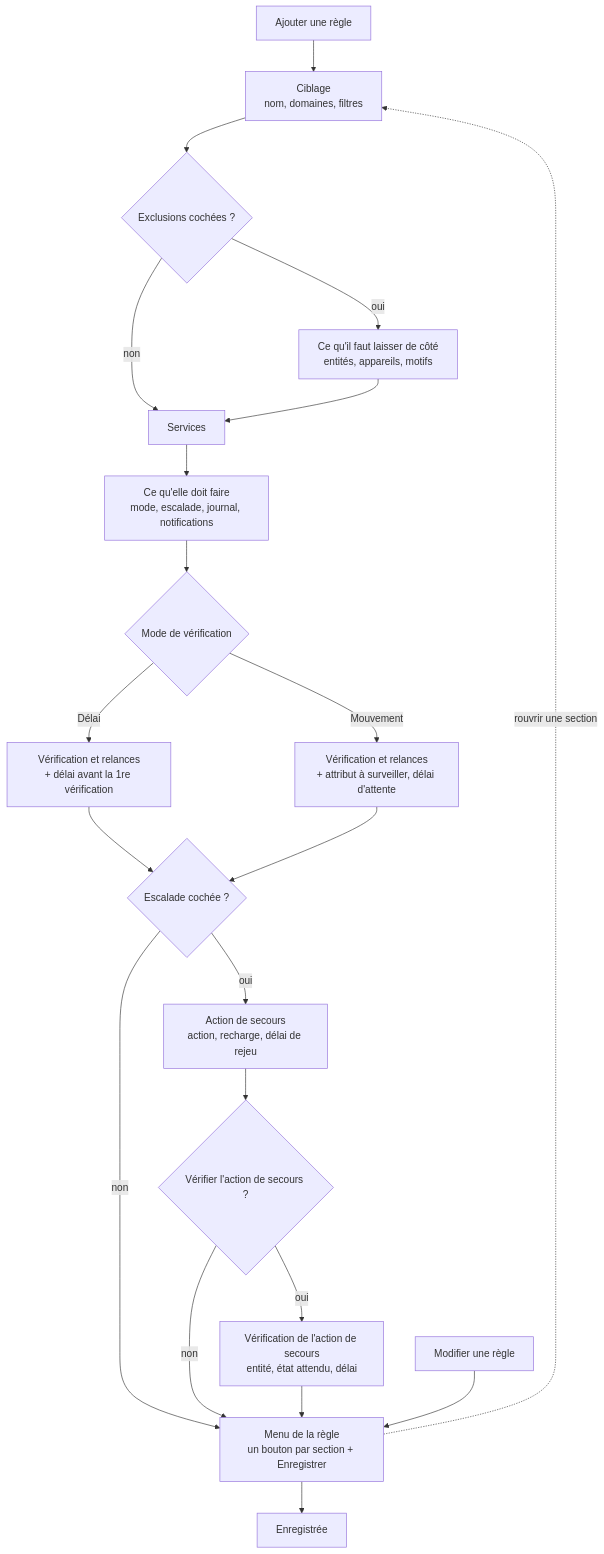
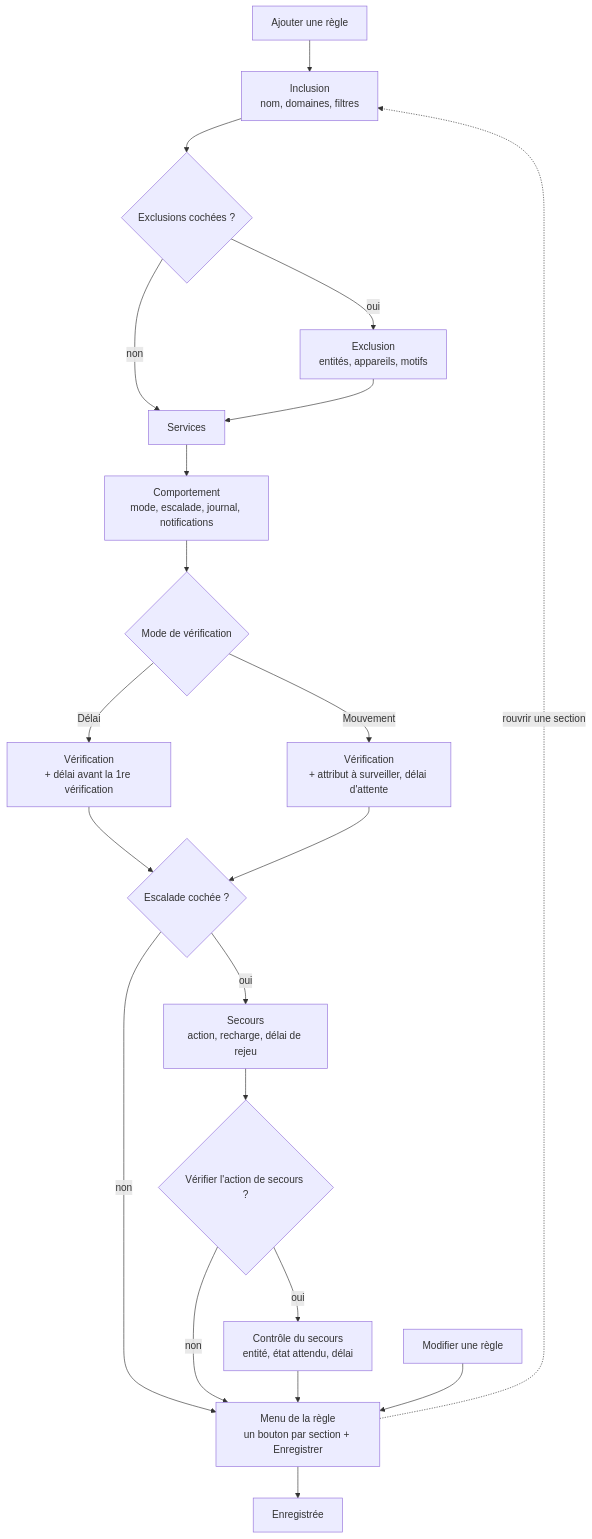
One commit to cddu33/ha-action_control changed the third of 3 diagrams in docs/documentation.fr.md. Above: the diagram before and after it, drawn with Mermaid. The commit also changed other lines of this file and 11 other files, not shown here.

````diff
--- a/docs/documentation.fr.md
+++ b/docs/documentation.fr.md
@@ -168,23 +168,23 @@
 ```mermaid
 flowchart TD
     N["Ajouter une règle"] --> A
-    A["Ciblage<br/>nom, domaines, filtres"] --> A2{"Exclusions cochées ?"}
+    A["Inclusion<br/>nom, domaines, filtres"] --> A2{"Exclusions cochées ?"}
     A2 -->|non| B["Services"]
-    A2 -->|oui| A3["Ce qu'il faut laisser de côté<br/>entités, appareils, motifs"]
+    A2 -->|oui| A3["Exclusion<br/>entités, appareils, motifs"]
     A3 --> B
-    B --> C["Ce qu'elle doit faire<br/>mode, escalade, journal, notifications"]
+    B --> C["Comportement<br/>mode, escalade, journal, notifications"]
     C --> D{"Mode de vérification"}
-    D -->|Délai| E["Vérification et relances<br/>+ délai avant la 1re vérification"]
-    D -->|Mouvement| F["Vérification et relances<br/>+ attribut à surveiller, délai d'attente"]
+    D -->|Délai| E["Vérification<br/>+ délai avant la 1re vérification"]
+    D -->|Mouvement| F["Vérification<br/>+ attribut à surveiller, délai d'attente"]
     E --> G{"Escalade cochée ?"}
     F --> G
     G -->|non| Z
-    G -->|oui| H["Action de secours<br/>action, recharge, délai de rejeu"]
+    G -->|oui| H["Secours<br/>action, recharge, délai de rejeu"]
     H --> I{"Vérifier l'action de secours ?"}
     I -->|non| Z
-    I -->|oui| J["Vérification de l'action de secours<br/>entité, état attendu, délai"]
+    I -->|oui| J["Contrôle du secours<br/>entité, état attendu, délai"]
     J --> Z
     Z["Menu de la règle<br/>un bouton par section + Enregistrer"] -.->|rouvrir une section| A
     Z --> S["Enregistrée"]
     ED["Modifier une règle"] --> Z
 ```
````
